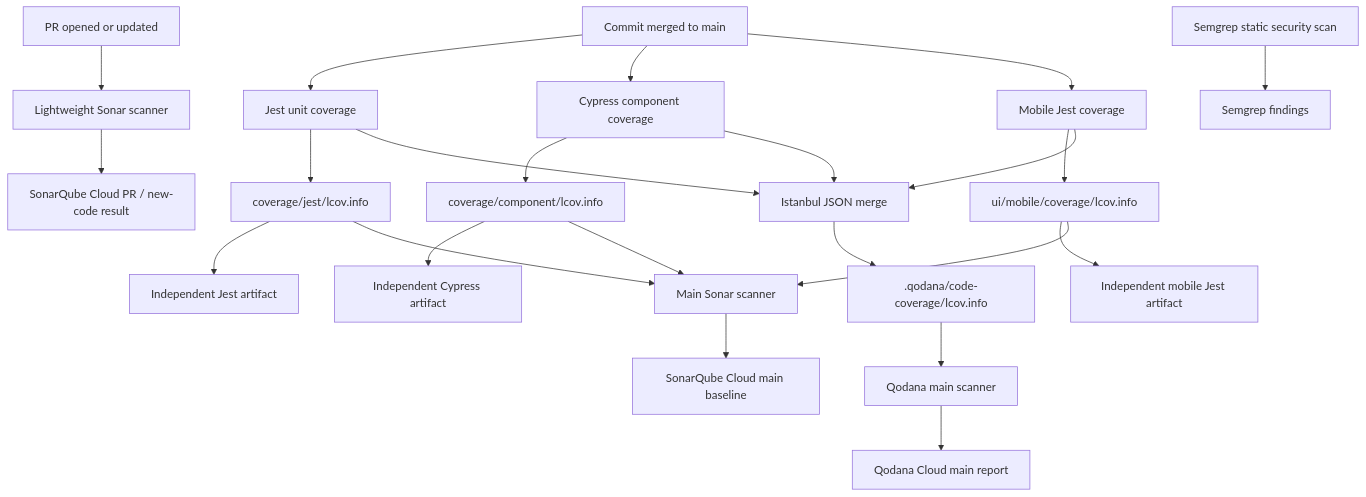
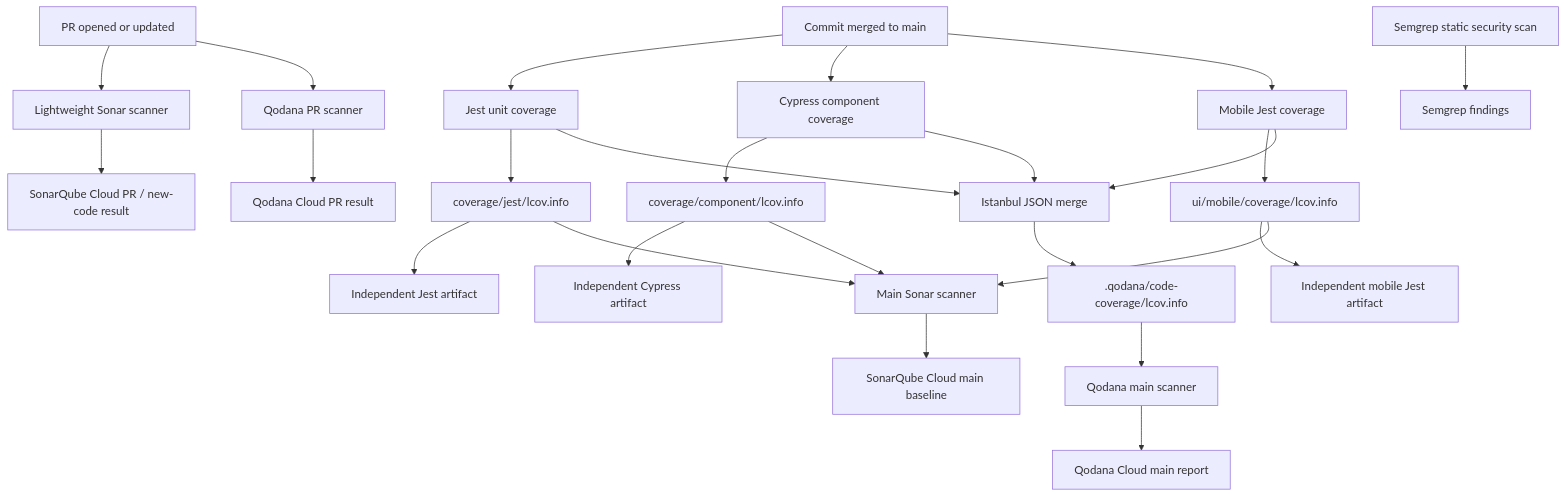
The diagram in docs/ai/design/feature-sonar-test-coverage.md (koreyba/EverFreeNote), drawn with Mermaid before and after one commit. The commit also changed other lines of this file and 2 other files, not shown here.

Commit message:
Run Qodana on pull requests without coverage

````diff
--- a/docs/ai/design/feature-sonar-test-coverage.md
+++ b/docs/ai/design/feature-sonar-test-coverage.md
@@ -11,28 +11,30 @@
 ```mermaid
 flowchart TD
   PR["PR opened or updated"] --> PRScan["Lightweight Sonar scanner"]
   PRScan --> PRCloud["SonarQube Cloud PR / new-code result"]
+  PR --> QodanaPR["Qodana PR scanner"]
+  QodanaPR --> QodanaPRCloud["Qodana Cloud PR result"]
 
   Main["Commit merged to main"] --> Unit["Jest unit coverage"]
   Main --> Component["Cypress component coverage"]
   Main --> Mobile["Mobile Jest coverage"]
   Unit --> UnitLCOV["coverage/jest/lcov.info"]
   Component --> ComponentLCOV["coverage/component/lcov.info"]
   Mobile --> MobileLCOV["ui/mobile/coverage/lcov.info"]
   UnitLCOV --> UnitArtifact["Independent Jest artifact"]
   ComponentLCOV --> ComponentArtifact["Independent Cypress artifact"]
   MobileLCOV --> MobileArtifact["Independent mobile Jest artifact"]
   UnitLCOV --> MainScan["Main Sonar scanner"]
   ComponentLCOV --> MainScan
   MobileLCOV --> MainScan
   MainScan --> MainCloud["SonarQube Cloud main baseline"]
 
   Unit --> QodanaMerge["Istanbul JSON merge"]
   Component --> QodanaMerge
   Mobile --> QodanaMerge
   QodanaMerge --> QodanaLCOV[".qodana/code-coverage/lcov.info"]
   QodanaLCOV --> QodanaScan["Qodana main scanner"]
   QodanaScan --> QodanaCloud["Qodana Cloud main report"]
 
   Semgrep["Semgrep static security scan"] --> SemgrepCloud["Semgrep findings"]
 ```
````
